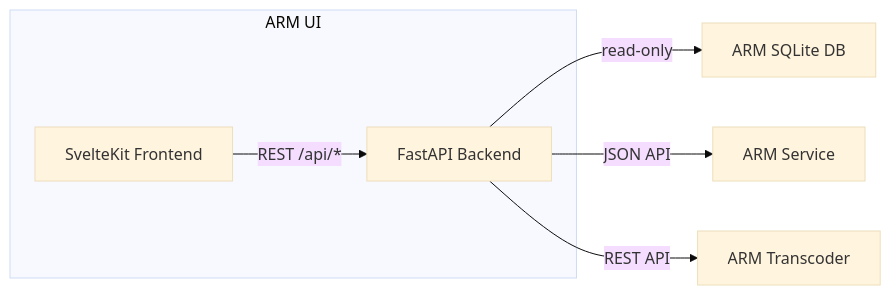
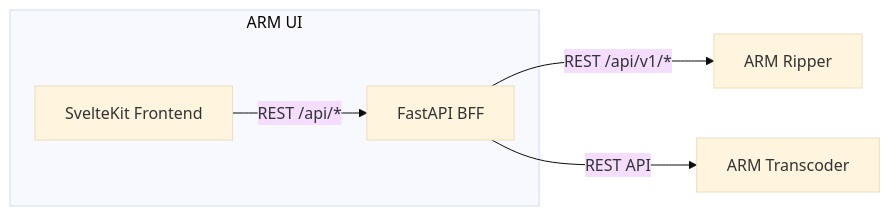
Before and after one commit to uprightbass360/automatic-ripping-machine-ui: the diagram in README.md, drawn with Mermaid (base theme). The commit also changed other lines of this file and 1 other file, not shown here.

Commit message:
docs: refresh README architecture for HTTP-only BFF + drop dead DriveSchema fields
Two follow-ups after the v17.0.0 release shipped:

- README "Architecture" section: the mermaid diagram still showed the
  BFF reading the ARM SQLite database directly; the prose paragraph
  said "reads ARM's SQLite database directly (read-only)"; the Tech
  Stack line still listed "SQLAlchemy 2 (read-only)". All three were
  stale. Diagram now shows the HTTP-only ripper boundary, prose
  describes the BFF role and notes the arm-neu >= v17.0.0 requirement,
  Tech Stack drops SQLAlchemy.
- backend/models/schemas.py DriveSchema still had read_cd/read_dvd/
  read_bd booleans even though arm-neu now returns capabilities[].
  The schema isn't currently imported anywhere (drives router passes
  ripper responses through unchanged), but if revived it would
  silently drop the new field. Replaced the three booleans with
  capabilities: list[str] | None.

644 backend tests passing.

````diff
--- a/README.md
+++ b/README.md
@@ -55,12 +55,11 @@
 ```mermaid
 flowchart LR
     subgraph ui["ARM UI"]
         FE["SvelteKit Frontend"]
-        BE["FastAPI Backend"]
+        BE["FastAPI BFF"]
     end
 
     FE -- "REST /api/*" --> BE
-    BE -- "read-only" --> DB["ARM SQLite DB"]
-    BE -- "JSON API" --> ARM["ARM Service"]
+    BE -- "REST /api/v1/*" --> ARM["ARM Ripper"]
     BE -- "REST API" --> TC["ARM Transcoder"]
 ```
````
